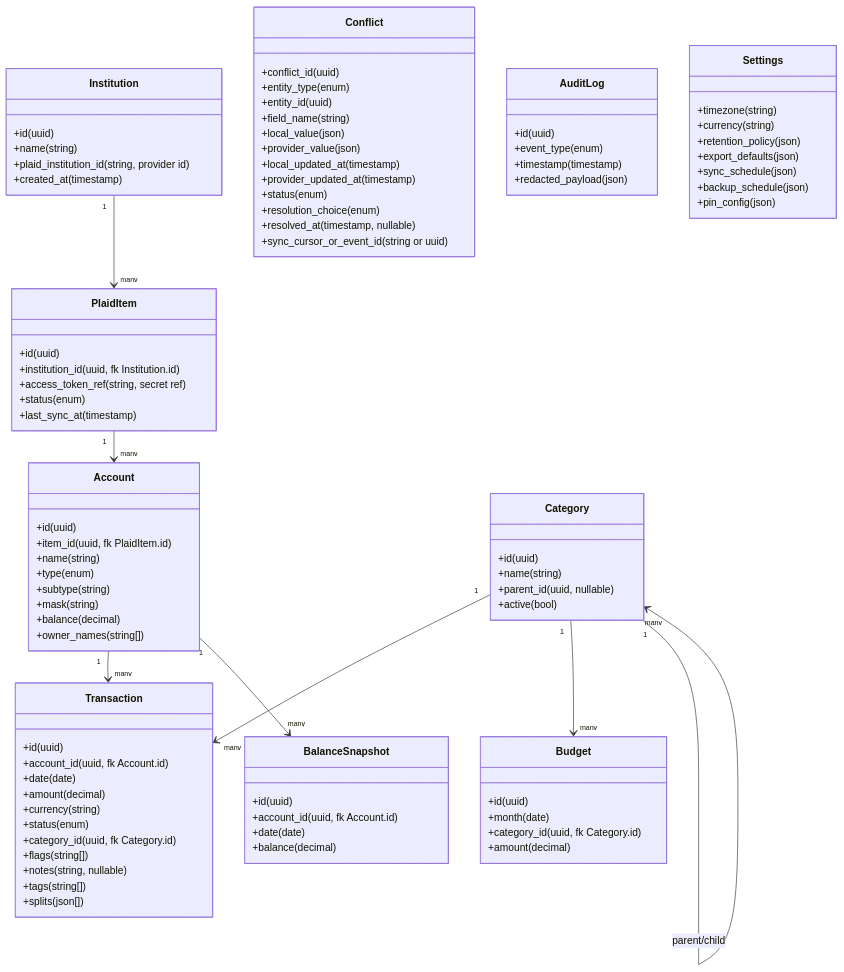
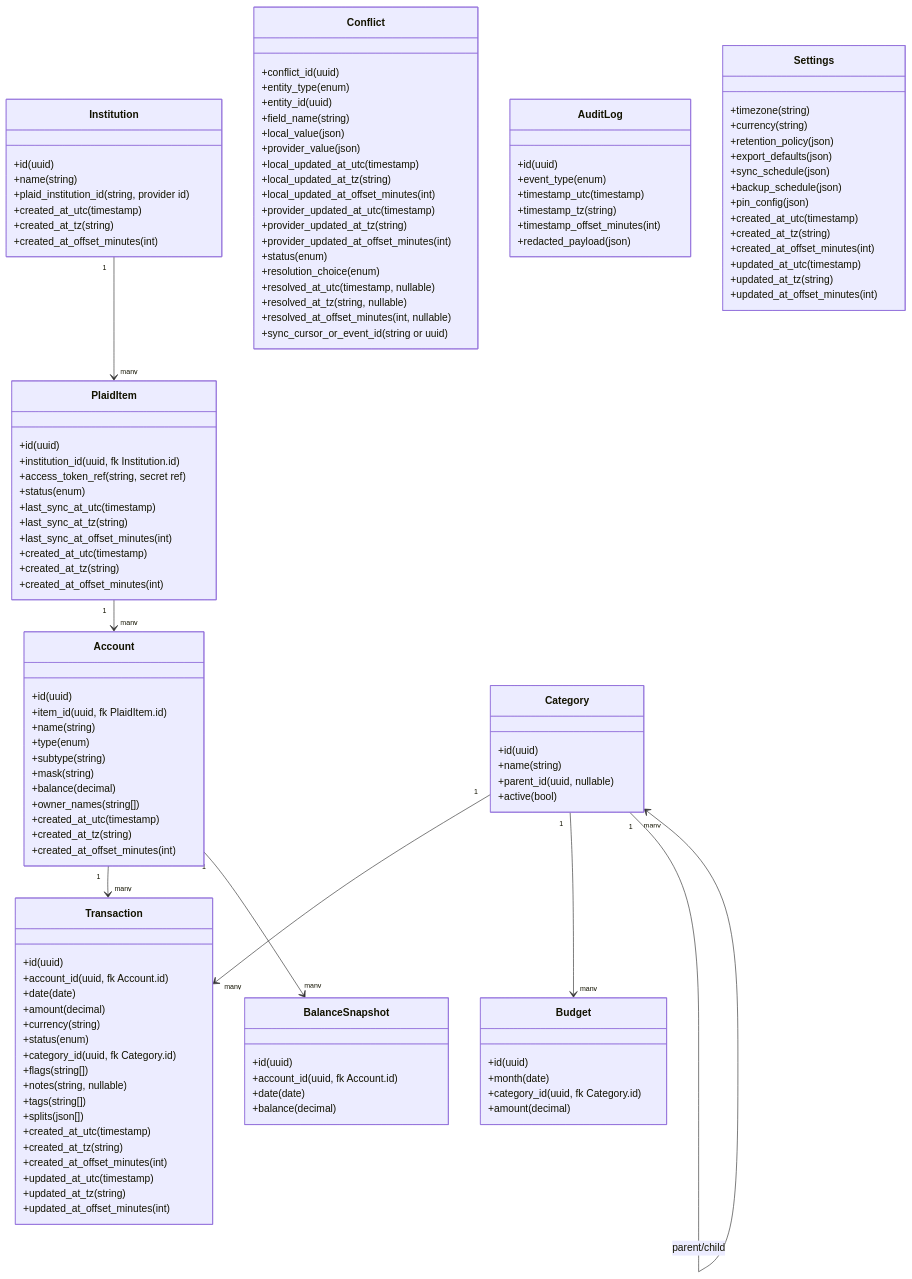
One commit to baquerrj/godzilla changed the first of 6 diagrams in docs/design/architecture-components.md. Above: the diagram before and after it, drawn with Mermaid. The commit also changed other lines of this file and 11 other files, not shown here.

```diff
--- a/docs/design/architecture-components.md
+++ b/docs/design/architecture-components.md
@@ -110,14 +110,21 @@
     +id (uuid)
     +name (string)
     +plaid_institution_id (string, provider id)
-    +created_at (timestamp)
+    +created_at_utc (timestamp)
+    +created_at_tz (string)
+    +created_at_offset_minutes (int)
   }
   class PlaidItem {
     +id (uuid)
     +institution_id (uuid, fk Institution.id)
     +access_token_ref (string, secret ref)
     +status (enum)
-    +last_sync_at (timestamp)
+    +last_sync_at_utc (timestamp)
+    +last_sync_at_tz (string)
+    +last_sync_at_offset_minutes (int)
+    +created_at_utc (timestamp)
+    +created_at_tz (string)
+    +created_at_offset_minutes (int)
   }
   class Account {
     +id (uuid)
@@ -128,6 +135,9 @@
     +mask (string)
     +balance (decimal)
     +owner_names (string[])
+    +created_at_utc (timestamp)
+    +created_at_tz (string)
+    +created_at_offset_minutes (int)
   }
   class Transaction {
     +id (uuid)
@@ -141,6 +151,12 @@
     +notes (string, nullable)
     +tags (string[])
     +splits (json[])
+    +created_at_utc (timestamp)
+    +created_at_tz (string)
+    +created_at_offset_minutes (int)
+    +updated_at_utc (timestamp)
+    +updated_at_tz (string)
+    +updated_at_offset_minutes (int)
   }
   class Category {
     +id (uuid)
@@ -167,17 +183,25 @@
     +field_name (string)
     +local_value (json)
     +provider_value (json)
-    +local_updated_at (timestamp)
-    +provider_updated_at (timestamp)
+    +local_updated_at_utc (timestamp)
+    +local_updated_at_tz (string)
+    +local_updated_at_offset_minutes (int)
+    +provider_updated_at_utc (timestamp)
+    +provider_updated_at_tz (string)
+    +provider_updated_at_offset_minutes (int)
     +status (enum)
     +resolution_choice (enum)
-    +resolved_at (timestamp, nullable)
+    +resolved_at_utc (timestamp, nullable)
+    +resolved_at_tz (string, nullable)
+    +resolved_at_offset_minutes (int, nullable)
     +sync_cursor_or_event_id (string or uuid)
   }
   class AuditLog {
     +id (uuid)
     +event_type (enum)
-    +timestamp (timestamp)
+    +timestamp_utc (timestamp)
+    +timestamp_tz (string)
+    +timestamp_offset_minutes (int)
     +redacted_payload (json)
   }
   class Settings {
@@ -188,6 +212,12 @@
     +sync_schedule (json)
     +backup_schedule (json)
     +pin_config (json)
+    +created_at_utc (timestamp)
+    +created_at_tz (string)
+    +created_at_offset_minutes (int)
+    +updated_at_utc (timestamp)
+    +updated_at_tz (string)
+    +updated_at_offset_minutes (int)
   }
 
   Institution "1" --> "many" PlaidItem
```
